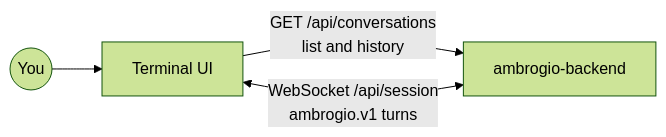
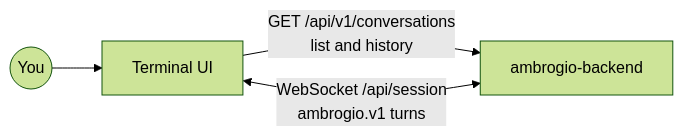
One commit to ambrogio-app/ambrogio-cli changed the diagram in README.md. Above: the diagram before and after it, drawn with Mermaid (forest theme).

Commit message:
Show HTTP API v1 in the README diagram
The client reads list and history from /api/v1/conversations; the backend no
longer serves the routes without a version.

````diff
--- a/README.md
+++ b/README.md
@@ -34,6 +34,6 @@
 ```mermaid
 flowchart LR
     U((You)) --> TUI[Terminal UI]
-    TUI -- "GET /api/conversations<br/>list and history" --> B[ambrogio-backend]
+    TUI -- "GET /api/v1/conversations<br/>list and history" --> B[ambrogio-backend]
     TUI <-- "WebSocket /api/session<br/>ambrogio.v1 turns" --> B
 ```
````
